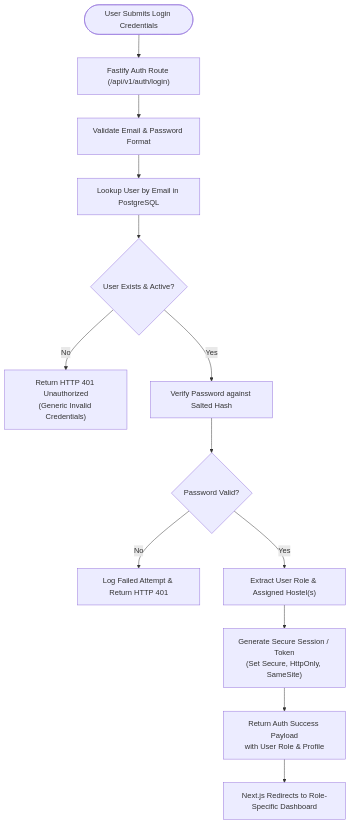
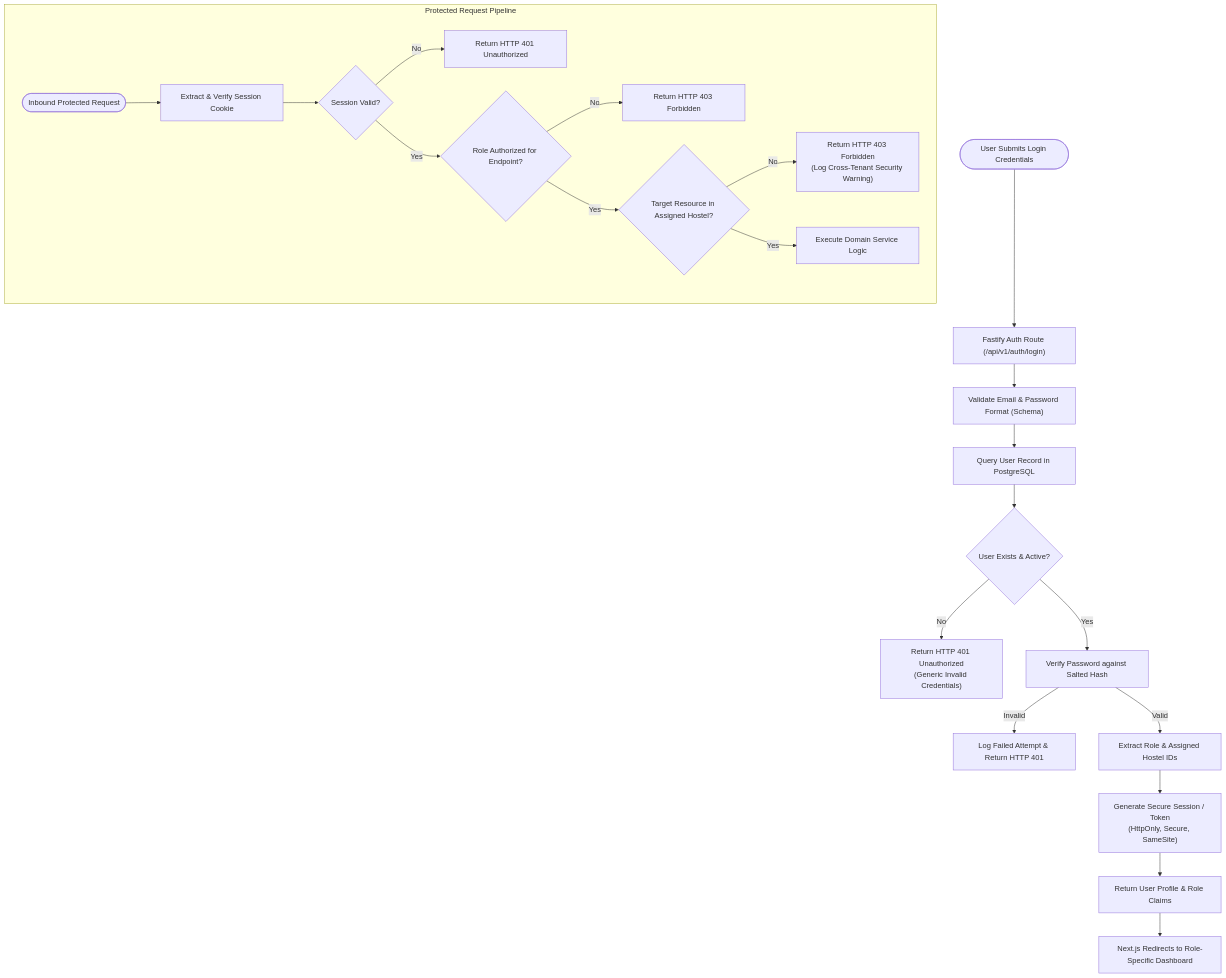
One commit to Sayam09das/Nestora changed the third of 5 diagrams in docs/06-system-architecture.md. Above: the diagram before and after it, drawn with Mermaid. The commit also changed other lines of this file, not shown here.

Commit message:
docs: update system architecture specification with 3-tier model and architecture diagrams

````diff
--- a/docs/06-system-architecture.md
+++ b/docs/06-system-architecture.md
@@ -567,18 +394,28 @@
 ```mermaid
 flowchart TD
   Start(["User Submits Login Credentials"]) --> API["Fastify Auth Route (/api/v1/auth/login)"]
-  API --> Validate["Validate Email & Password Format"]
-  Validate --> LookUp["Lookup User by Email in PostgreSQL"]
+  API --> Validate["Validate Email & Password Format (Schema)"]
+  Validate --> QueryDB["Query User Record in PostgreSQL"]
   
-  LookUp --> CheckUser{"User Exists & Active?"}
-  CheckUser -- No --> AuthFail["Return HTTP 401 Unauthorized\n(Generic Invalid Credentials)"]
-  CheckUser -- Yes --> VerifyHash["Verify Password against Salted Hash"]
+  QueryDB --> UserExists{"User Exists & Active?"}
+  UserExists -- No --> DenyAuth["Return HTTP 401 Unauthorized\n(Generic Invalid Credentials)"]
+  UserExists -- Yes --> CheckHash["Verify Password against Salted Hash"]
   
-  VerifyHash --> CheckHash{"Password Valid?"}
-  CheckHash -- No --> LogFail["Log Failed Attempt & Return HTTP 401"]
-  CheckHash -- Yes --> ResolveContext["Extract User Role & Assigned Hostel(s)"]
+  CheckHash -- Invalid --> LogFail["Log Failed Attempt & Return HTTP 401"]
+  CheckHash -- Valid --> ResolveScope["Extract Role & Assigned Hostel IDs"]
   
-  ResolveContext --> IssueSession["Generate Secure Session / Token\n(Set Secure, HttpOnly, SameSite)"]
-  IssueSession --> Redirect["Return Auth Success Payload\nwith User Role & Profile"]
-  Redirect --> ClientRoute["Next.js Redirects to Role-Specific Dashboard"]
+  ResolveScope --> CreateSession["Generate Secure Session / Token\n(HttpOnly, Secure, SameSite)"]
+  CreateSession --> ReturnAuth["Return User Profile & Role Claims"]
+  ReturnAuth --> ClientRedirect["Next.js Redirects to Role-Specific Dashboard"]
+
+  subgraph RequestAuth["Protected Request Pipeline"]
+    InboundReq(["Inbound Protected Request"]) --> ExtractSession["Extract & Verify Session Cookie"]
+    ExtractSession --> ValidSession{"Session Valid?"}
+    ValidSession -- No --> HTTP401["Return HTTP 401 Unauthorized"]
+    ValidSession -- Yes --> CheckRole{"Role Authorized for Endpoint?"}
+    CheckRole -- No --> HTTP403["Return HTTP 403 Forbidden"]
+    CheckRole -- Yes --> CheckHostelScope{"Target Resource in Assigned Hostel?"}
+    CheckHostelScope -- No --> HTTP403Scope["Return HTTP 403 Forbidden\n(Log Cross-Tenant Security Warning)"]
+    CheckHostelScope -- Yes --> ExecuteRoute["Execute Domain Service Logic"]
+  end
 ```
````
